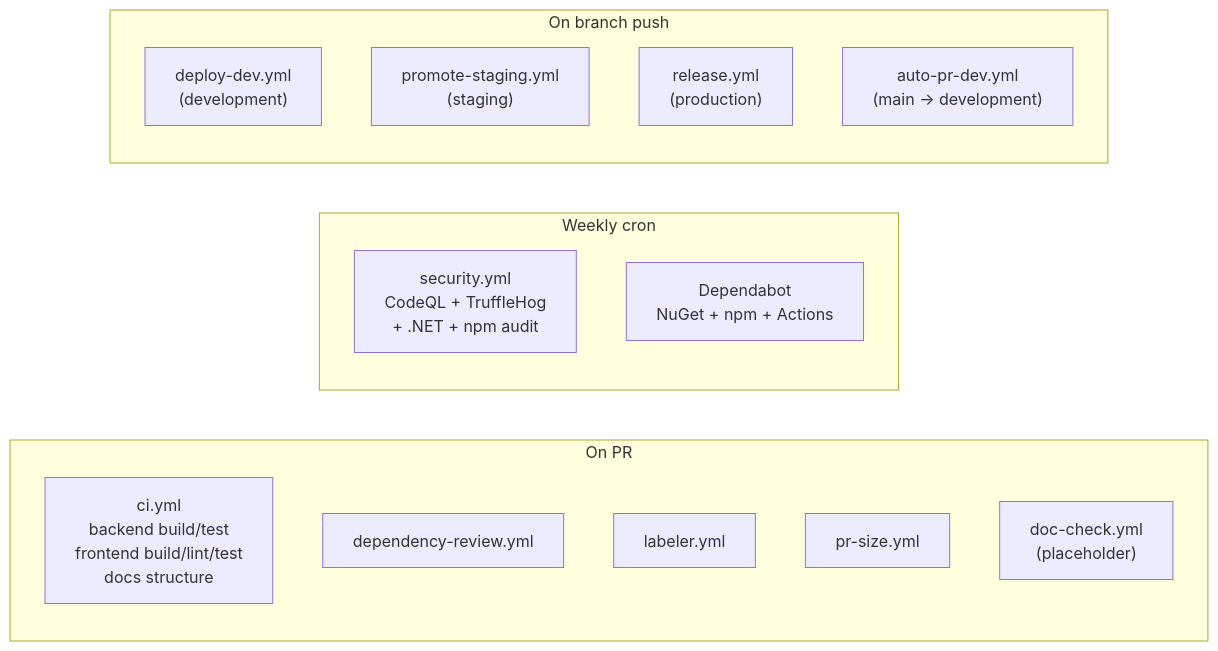
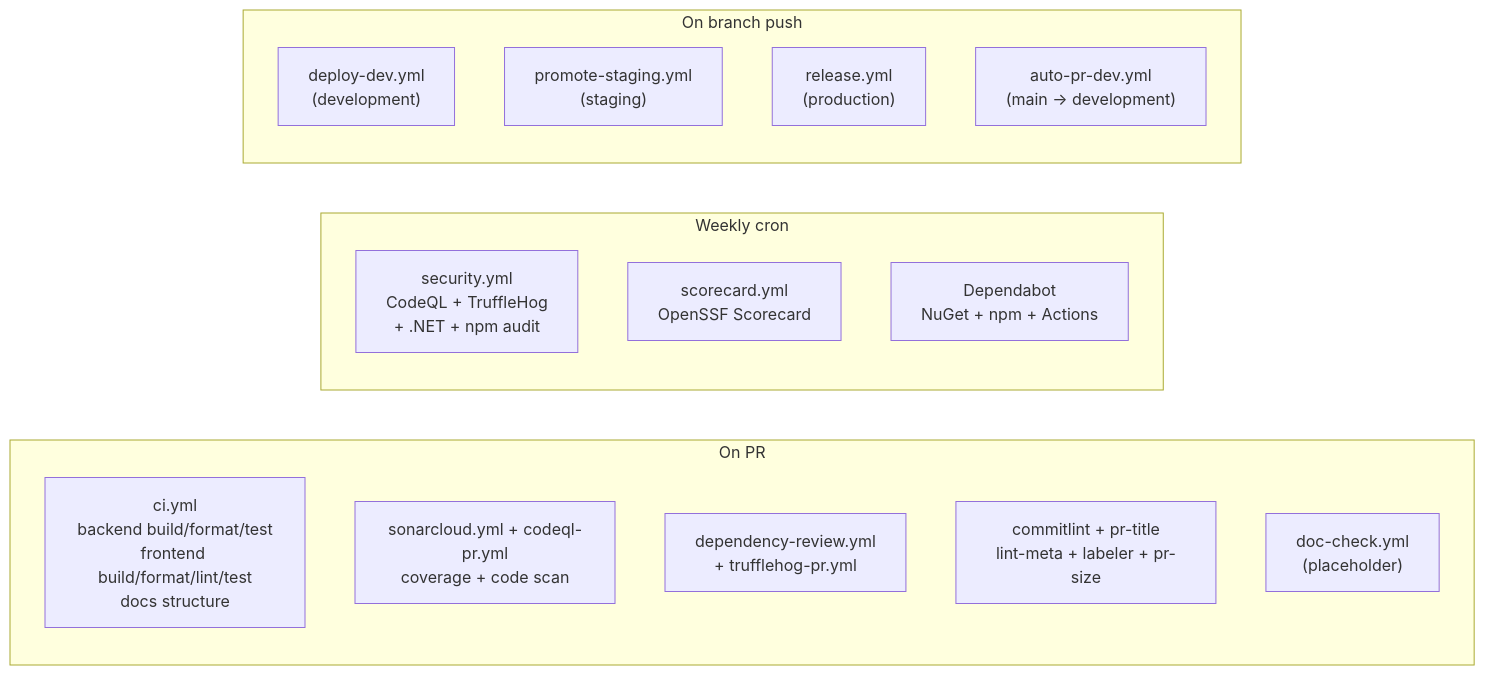
Before and after one commit to gesco-healthcare-support/hcs-patient-portal: the second of 2 diagrams in README.md, drawn with Mermaid. The commit also changed other lines of this file, not shown here.

First line of the commit message:
docs(readme): refresh CI/CD, status, and coverage figures

````diff
--- a/README.md
+++ b/README.md
@@ -405,22 +408,23 @@
 ```mermaid
 flowchart LR
     subgraph PR["On PR"]
-        CI["ci.yml<br/>backend build/test<br/>frontend build/lint/test<br/>docs structure"]
-        DEP["dependency-review.yml"]
-        LBL["labeler.yml"]
-        SIZE["pr-size.yml"]
+        CI["ci.yml<br/>backend build/format/test<br/>frontend build/format/lint/test<br/>docs structure"]
+        QUAL["sonarcloud.yml + codeql-pr.yml<br/>coverage + code scan"]
+        DEP["dependency-review.yml<br/>+ trufflehog-pr.yml"]
+        META["commitlint + pr-title<br/>lint-meta + labeler + pr-size"]
         DOC["doc-check.yml<br/>(placeholder)"]
     end
 
     subgraph Cron["Weekly cron"]
         SEC["security.yml<br/>CodeQL + TruffleHog<br/>+ .NET + npm audit"]
+        SCORE["scorecard.yml<br/>OpenSSF Scorecard"]
         DB["Dependabot<br/>NuGet + npm + Actions"]
     end
 
     subgraph Promotion["On branch push"]
         DEV["deploy-dev.yml<br/>(development)"]
         STG["promote-staging.yml<br/>(staging)"]
         REL["release.yml<br/>(production)"]
         APR["auto-pr-dev.yml<br/>(main -> development)"]
     end
 ```
````
